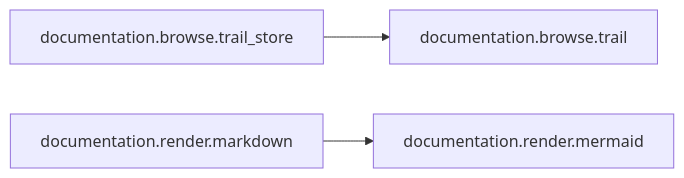
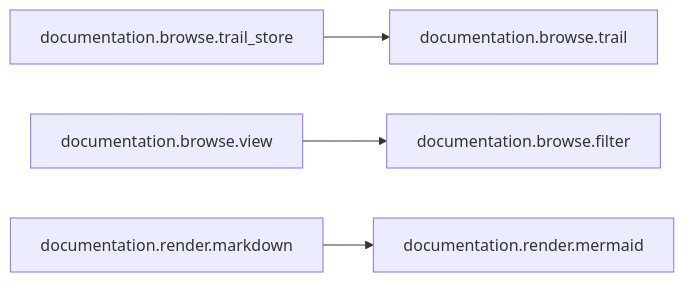
Before and after one commit to StefanBartl/documentation.nvim: the second of 2 diagrams in docs/map/overview.md, drawn with Mermaid. The commit also changed other lines of this file and 13 other files, not shown here.

First line of the commit message:
feat(browse): f — local list filter, with negation and phrases

````diff
--- a/docs/map/overview.md
+++ b/docs/map/overview.md
@@ -30,9 +30,12 @@
 ```mermaid
 flowchart LR
+  nlua_documentation_browse_filter_lua["documentation.browse.filter"]
   nlua_documentation_browse_trail_lua["documentation.browse.trail"]
   nlua_documentation_browse_trail_store_lua["documentation.browse.trail_store"]
+  nlua_documentation_browse_view_lua["documentation.browse.view"]
   nlua_documentation_render_markdown_lua["documentation.render.markdown"]
   nlua_documentation_render_mermaid_lua["documentation.render.mermaid"]
   nlua_documentation_browse_trail_store_lua --> nlua_documentation_browse_trail_lua
+  nlua_documentation_browse_view_lua --> nlua_documentation_browse_filter_lua
   nlua_documentation_render_markdown_lua --> nlua_documentation_render_mermaid_lua
 ```
````
